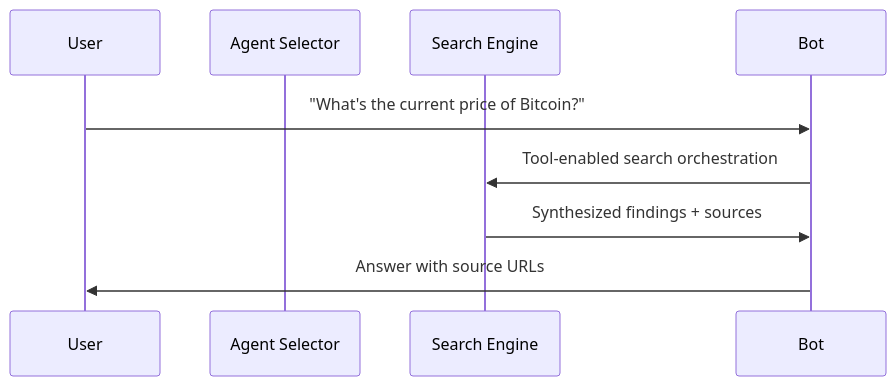
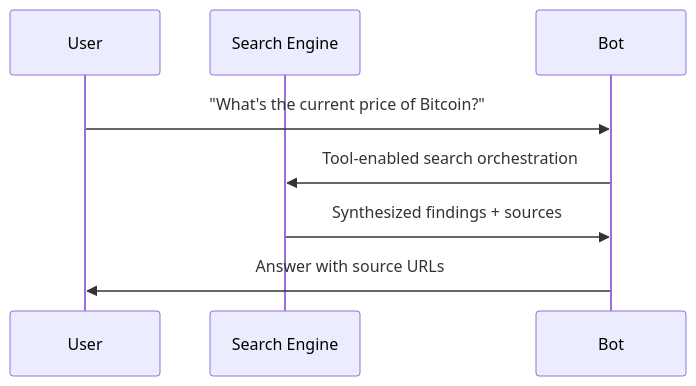
Before and after one commit to BokX1/Sage: the diagram in docs/architecture/SEARCH.md, drawn with Mermaid. The commit also changed 8 other files, not shown here.

````diff
--- a/docs/architecture/SEARCH.md
+++ b/docs/architecture/SEARCH.md
@@ -40,12 +40,11 @@
 ```mermaid
 sequenceDiagram
     participant U as User
-    participant R as Agent Selector
     participant S as Search Engine
     participant B as Bot
 
     U->>B: "What's the current price of Bitcoin?"
     B->>S: Tool-enabled search orchestration
     S->>B: Synthesized findings + sources
     B->>U: Answer with source URLs
 ```
````
